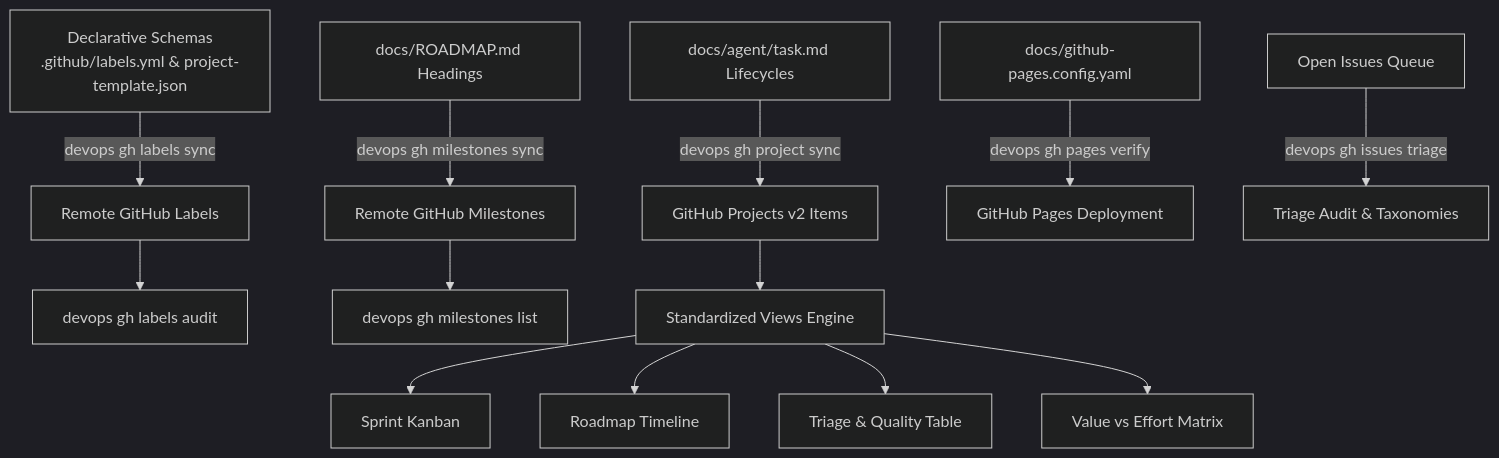
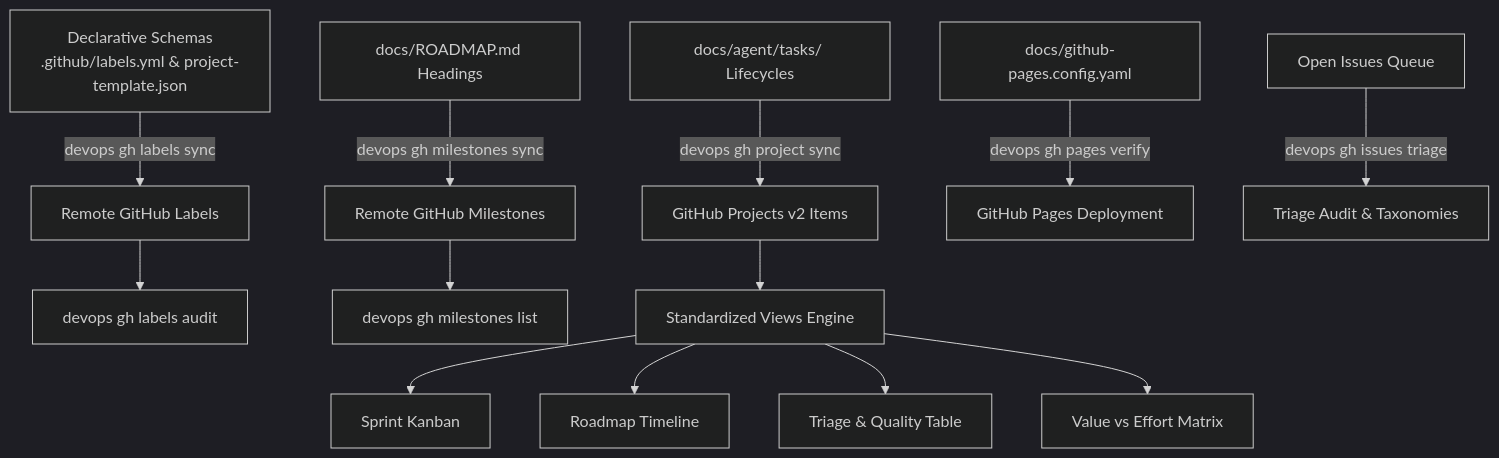
The diagram in src/devops_cli/ai/knowledge_base/devops_cli/tasks/github_project_management.md (dan-petty/devops-cli), drawn with Mermaid (dark theme) before and after one commit. The commit also changed other lines of this file and 22 other files, not shown here.

First line of the commit message:
refactor(agent): modularize task tracking to eliminate merge conflicts

````diff
--- a/src/devops_cli/ai/knowledge_base/devops_cli/tasks/github_project_management.md
+++ b/src/devops_cli/ai/knowledge_base/devops_cli/tasks/github_project_management.md
@@ -17,15 +17,15 @@
 ```mermaid
 graph TD
     A[Declarative Schemas<br/>.github/labels.yml & project-template.json] -->|devops gh labels sync| B[Remote GitHub Labels]
     C[docs/ROADMAP.md Headings] -->|devops gh milestones sync| D[Remote GitHub Milestones]
-    E[docs/agent/task.md Lifecycles] -->|devops gh project sync| F[GitHub Projects v2 Items]
+    E[docs/agent/tasks/ Lifecycles] -->|devops gh project sync| F[GitHub Projects v2 Items]
     G[docs/github-pages.config.yaml] -->|devops gh pages verify| H[GitHub Pages Deployment]
     I[Open Issues Queue] -->|devops gh issues triage| J[Triage Audit & Taxonomies]
     B --> K[devops gh labels audit]
     D --> L[devops gh milestones list]
     F --> M[Standardized Views Engine]
     M --> N[Sprint Kanban]
     M --> O[Roadmap Timeline]
     M --> P[Triage & Quality Table]
     M --> Q[Value vs Effort Matrix]
 ```
````
